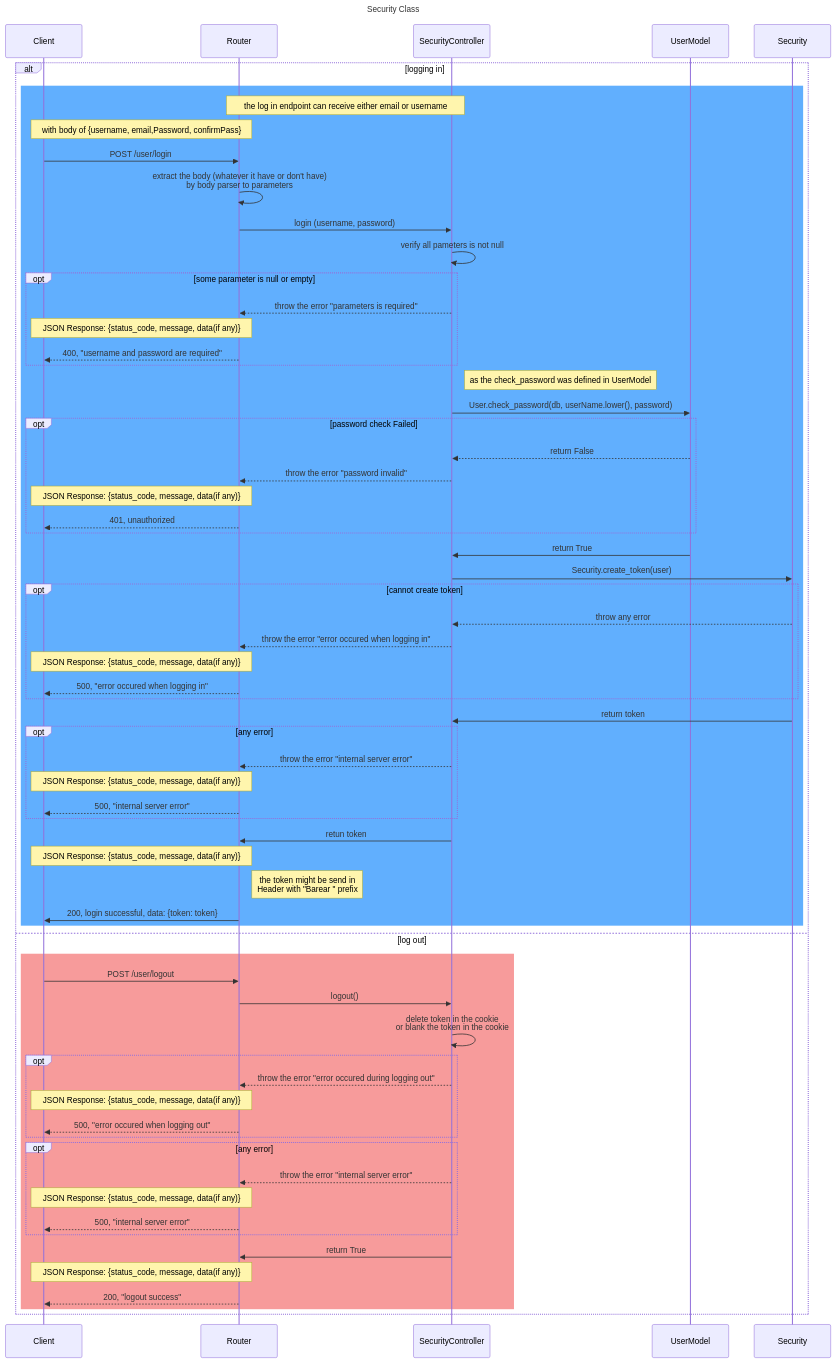
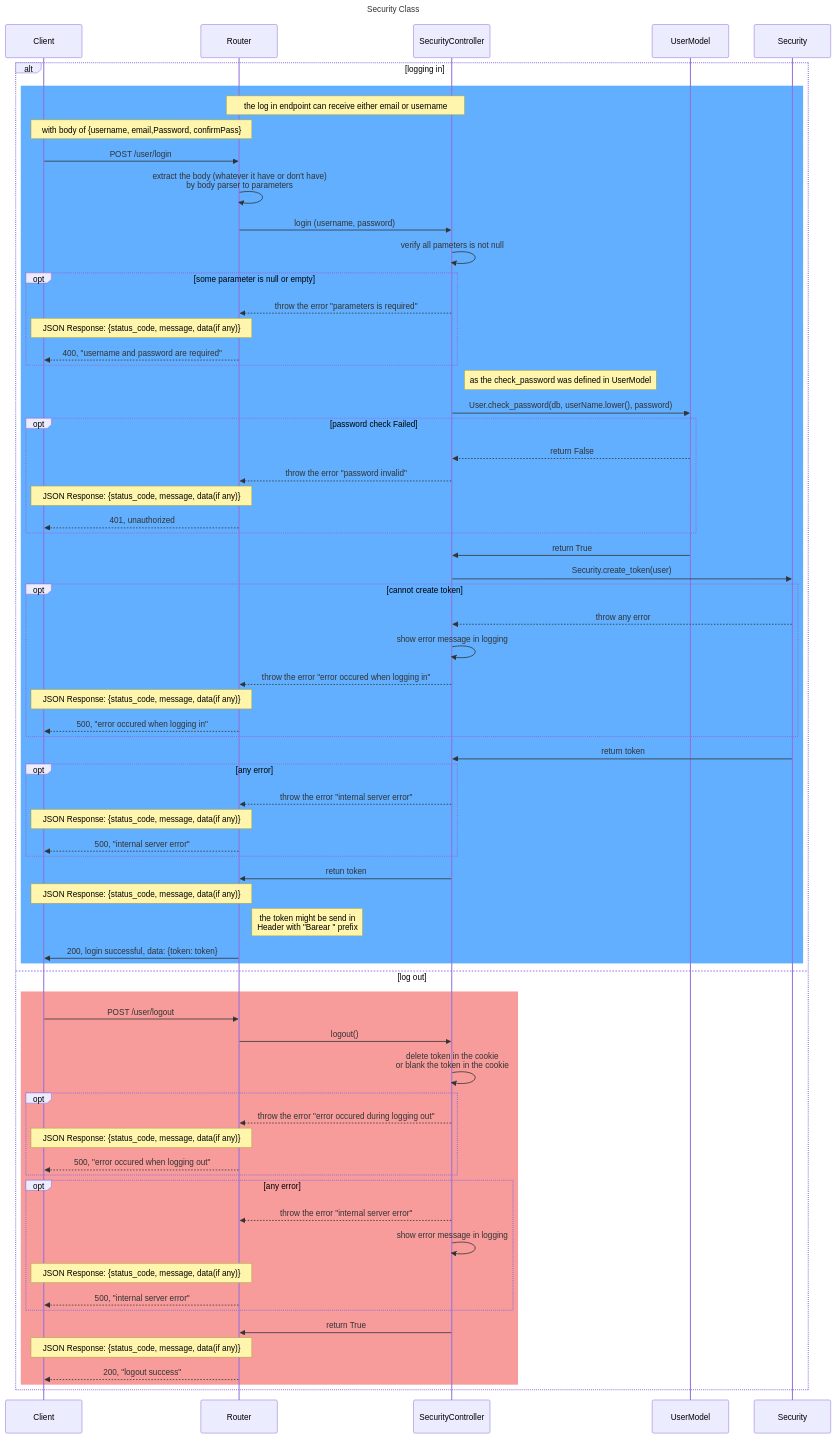
Before and after one commit to SawatKia/WealthTracking: the diagram in design/Classes/Security.mmd, drawn with Mermaid. The commit also changed 13 other files, not shown here.

Commit message:
add show error message in log

```diff
--- a/design/Classes/Security.mmd
+++ b/design/Classes/Security.mmd
@@ -1,72 +1,74 @@
 sequenceDiagram
     title Security Class
     participant Client
     participant Router
     participant SecurityController
     participant UserModel
     participant Security
     
 
     alt logging in
         rect rgb(97,175,254)
             Note over Router, SecurityController: the log in endpoint can receive either email or username
             Note over Router, Client: with body of {username, email,Password, confirmPass}
             Client->>Router: POST /user/login
             Router->>Router: extract the body (whatever it have or don't have)<br> by body parser to parameters
             Router->>SecurityController: login (username, password)
             SecurityController->>SecurityController: verify all pameters is not null 
             opt some parameter is null or empty
                 SecurityController-->>Router: throw the error "parameters is required"
                 Note over Router,Client: JSON Response: {status_code, message, data(if any)}
                 Router-->>Client: 400, "username and password are required"
             end
             Note right of  SecurityController: as the check_password was defined in UserModel
             SecurityController->>UserModel: User.check_password(db, userName.lower(), password)
             opt password check Failed
                 UserModel-->>SecurityController: return False
                 SecurityController-->>Router: throw the error "password invalid"
                 Note over Router,Client: JSON Response: {status_code, message, data(if any)}
                 Router-->>Client: 401, unauthorized
             end
             UserModel->>SecurityController: return True
             SecurityController->>Security: Security.create_token(user)
             opt cannot create token
                 Security-->>SecurityController: throw any error
+                SecurityController->>SecurityController: show error message in logging
                 SecurityController-->>Router: throw the error "error occured when logging in"
                 Note over Router,Client: JSON Response: {status_code, message, data(if any)}
                 Router-->>Client: 500, "error occured when logging in"
             end
             Security->>SecurityController: return token
             opt any error
                 SecurityController-->>Router: throw the error "internal server error"
                 Note over Router,Client: JSON Response: {status_code, message, data(if any)}
                 Router-->>Client: 500, "internal server error"
             end
             SecurityController->>Router:retun token
             Note over Router,Client: JSON Response: {status_code, message, data(if any)}
             Note right of Router: the token might be send in<br> Header with "Barear " prefix
             Router->>Client: 200, login successful, data: {token: token}
         end
     
     else log out
         rect rgb(247,155,155)
             Client->>Router: POST /user/logout
             Router->>SecurityController: logout()
             %% delete token in the cookie is when for not enable cors but this Application enable cors, examine this condition
             SecurityController->>SecurityController: delete token in the cookie <br>or blank the token in the cookie
             opt
                 SecurityController-->>Router: throw the error "error occured during logging out"
                 Note over Router,Client: JSON Response: {status_code, message, data(if any)}
                 Router-->>Client: 500, "error occured when logging out"
             end
             opt any error
                 SecurityController-->>Router: throw the error "internal server error"
+                SecurityController->>SecurityController: show error message in logging
                 Note over Router,Client: JSON Response: {status_code, message, data(if any)}
                 Router-->>Client: 500, "internal server error"
             end
             SecurityController->>Router: return True
             Note over Router,Client: JSON Response: {status_code, message, data(if any)}
             Router-->>Client: 200, "logout success"
         end
 
     end 
```
